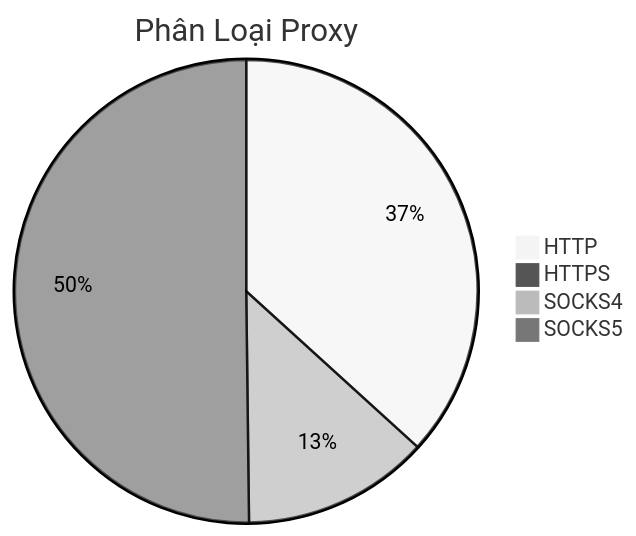
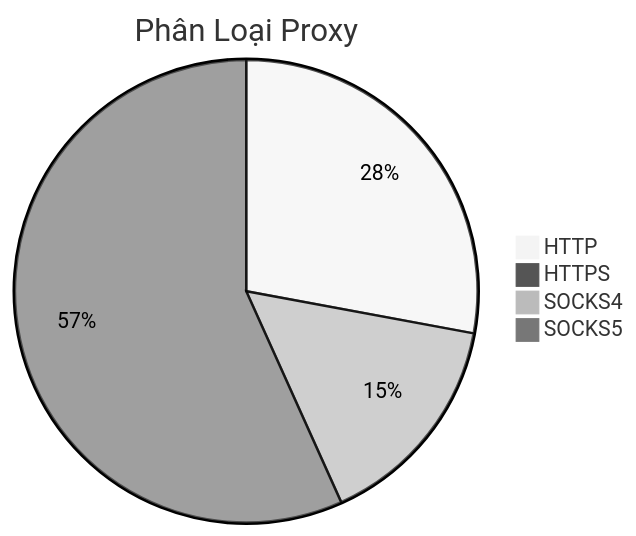
The diagram in README.md (Ciara-12/PROXY-free), drawn with Mermaid (neutral theme) before and after one commit. The commit also changed other lines of this file and 3 other files, not shown here.

````diff
--- a/README.md
+++ b/README.md
@@ -26,7 +26,7 @@
 ```mermaid
 pie title Phân Loại Proxy
-    "HTTP" : 571
+    "HTTP" : 651
     "HTTPS" : 3
-    "SOCKS4" : 203
-    "SOCKS5" : 780
+    "SOCKS4" : 358
+    "SOCKS5" : 1323
 ```
````
